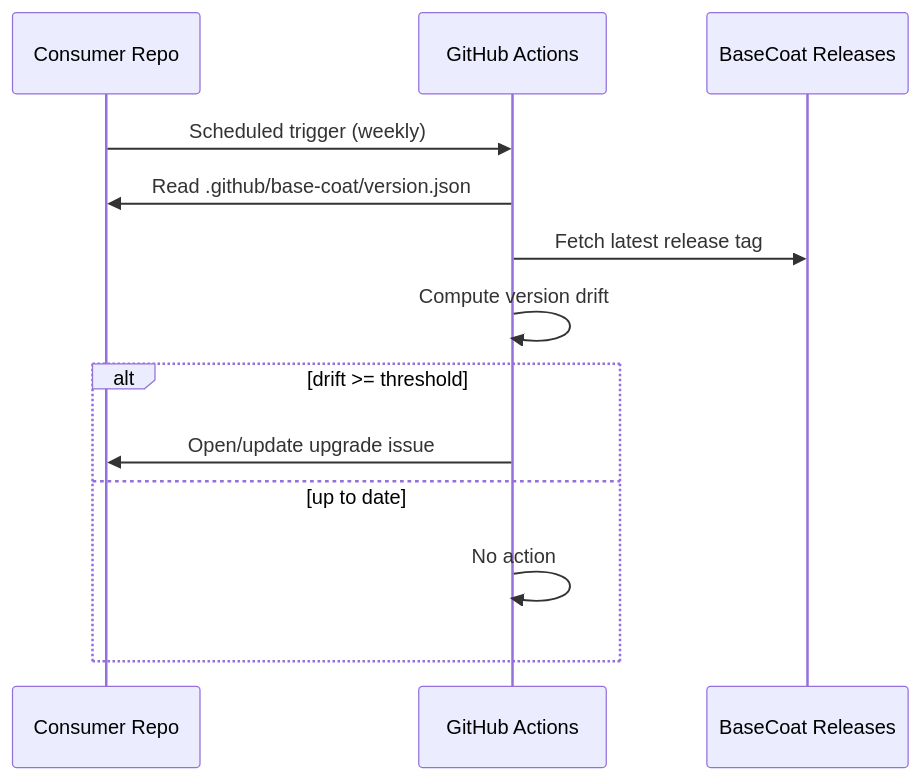
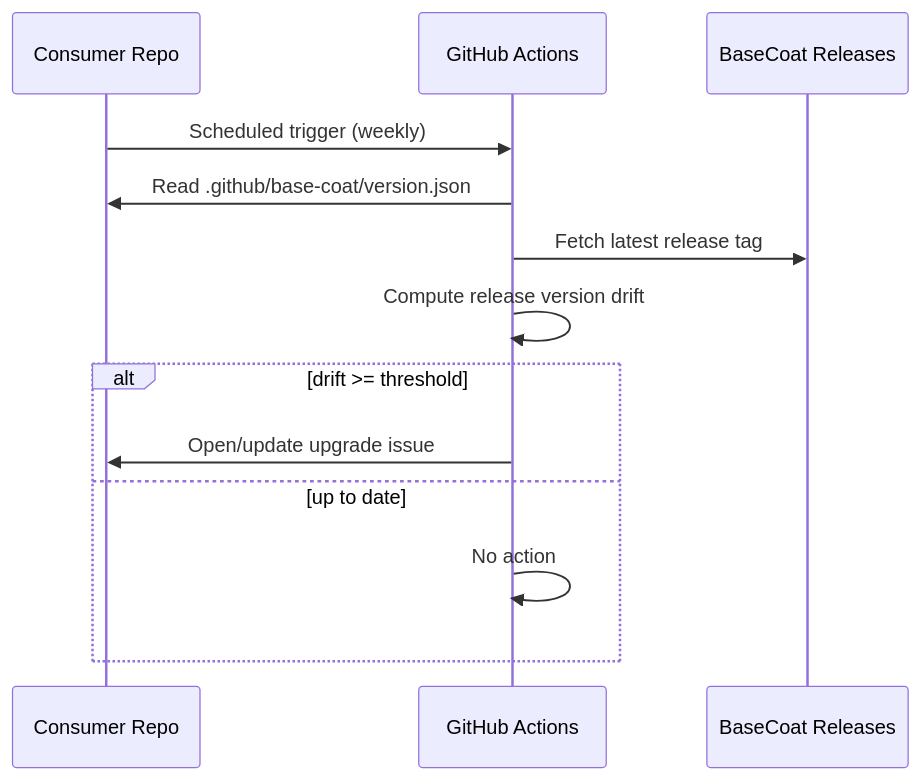
The diagram in docs/guides/version-drift.md (IBuySpy-Shared/basecoat), drawn with Mermaid before and after one commit. The commit also changed other lines of this file and 15 other files, not shown here.

````diff
--- a/docs/guides/version-drift.md
+++ b/docs/guides/version-drift.md
@@ -7,15 +9,15 @@
 ```mermaid
 sequenceDiagram
     participant CR as Consumer Repo
     participant GH as GitHub Actions
     participant BC as BaseCoat Releases
     CR->>GH: Scheduled trigger (weekly)
     GH->>CR: Read .github/base-coat/version.json
     GH->>BC: Fetch latest release tag
-    GH->>GH: Compute version drift
+    GH->>GH: Compute release version drift
     alt drift >= threshold
         GH->>CR: Open/update upgrade issue
     else up to date
         GH->>GH: No action
     end
 ```
````
